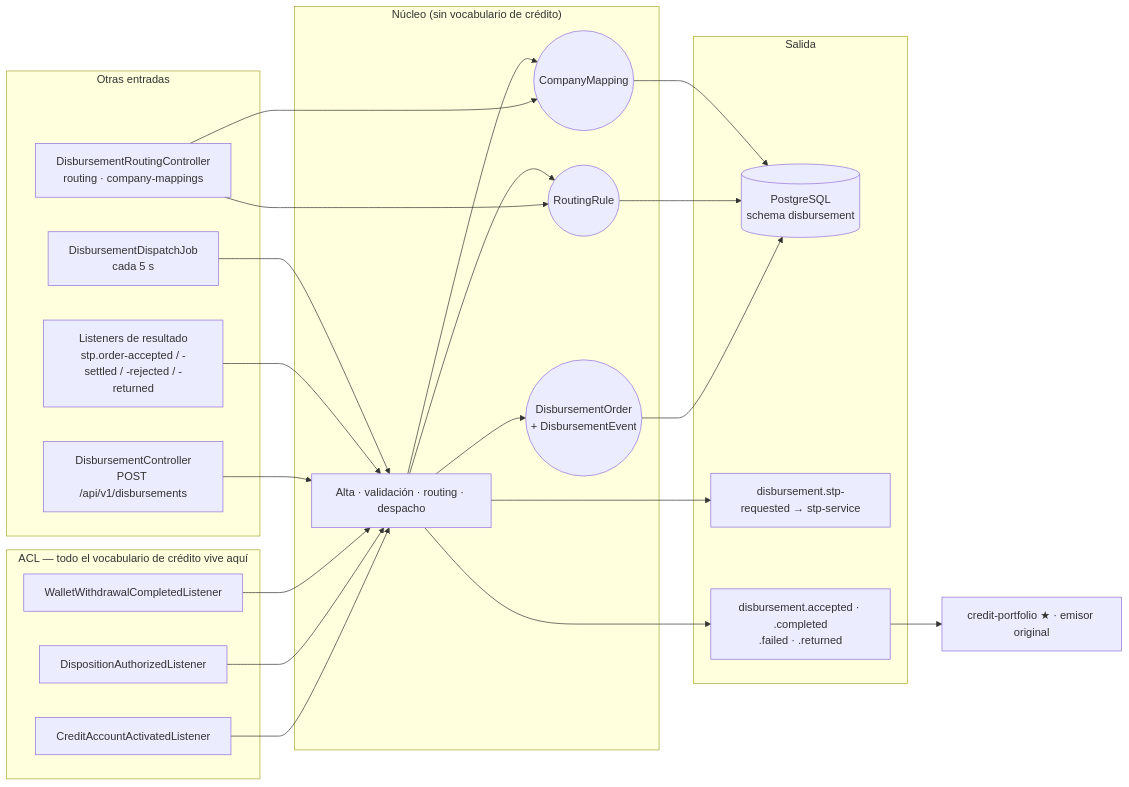
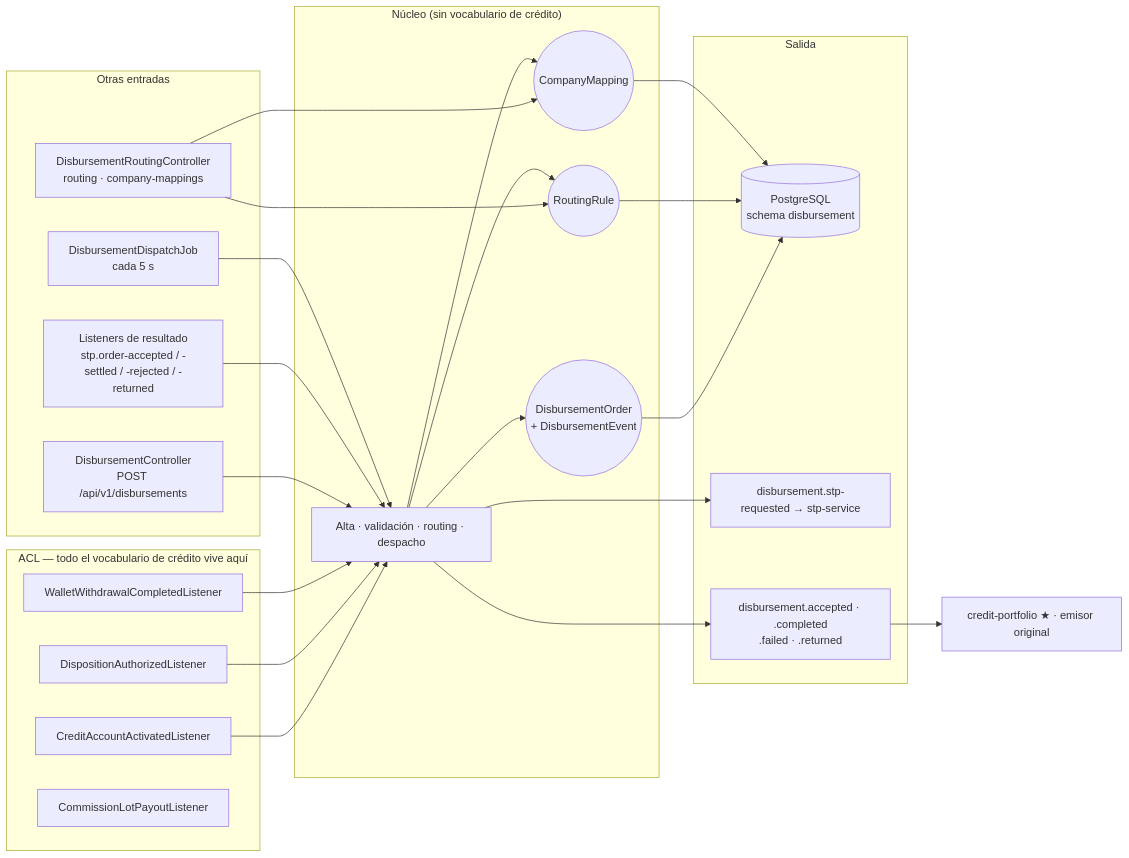
Before and after one commit to Emmanuel93/fintech-services: the first of 4 diagrams in services/disbursement-service/README.md, drawn with Mermaid. The commit also changed other lines of this file and 62 other files, not shown here.

````diff
--- a/services/disbursement-service/README.md
+++ b/services/disbursement-service/README.md
@@ -20,38 +20,39 @@
 ```mermaid
 flowchart LR
     subgraph acl["ACL — todo el vocabulario de crédito vive aquí"]
         A1["CreditAccountActivatedListener"]
         A2["DispositionAuthorizedListener"]
         A3["WalletWithdrawalCompletedListener"]
+        A4["CommissionLotPayoutListener"]
     end
     subgraph in["Otras entradas"]
         REST["DisbursementController<br/>POST /api/v1/disbursements"]
         ROUT["DisbursementRoutingController<br/>routing · company-mappings"]
         POUT["Listeners de resultado<br/>stp.order-accepted / -settled / -rejected / -returned"]
         JOB["DisbursementDispatchJob<br/>cada 5 s"]
     end
 
     subgraph core["Núcleo (sin vocabulario de crédito)"]
         APP["Alta · validación · routing · despacho"]
         DO(("DisbursementOrder<br/>+ DisbursementEvent"))
         RR(("RoutingRule"))
         CM(("CompanyMapping"))
     end
 
     subgraph out["Salida"]
         DB[("PostgreSQL<br/>schema disbursement")]
         KOUT["disbursement.stp-requested → stp-service"]
         KRES["disbursement.accepted · .completed<br/>.failed · .returned"]
     end
 
     A1 & A2 & A3 --> APP
     REST --> APP
     ROUT --> RR & CM
     POUT --> APP
     JOB --> APP
     APP --> DO & RR & CM
     DO & RR & CM --> DB
     APP --> KOUT
     APP --> KRES
     KRES --> CONS["credit-portfolio ★ · emisor original"]
 ```
````
